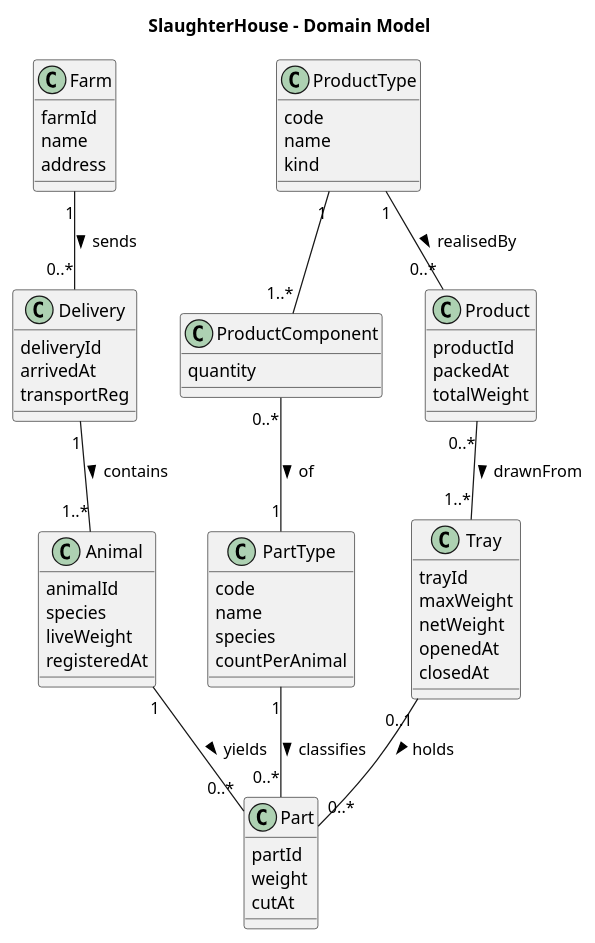
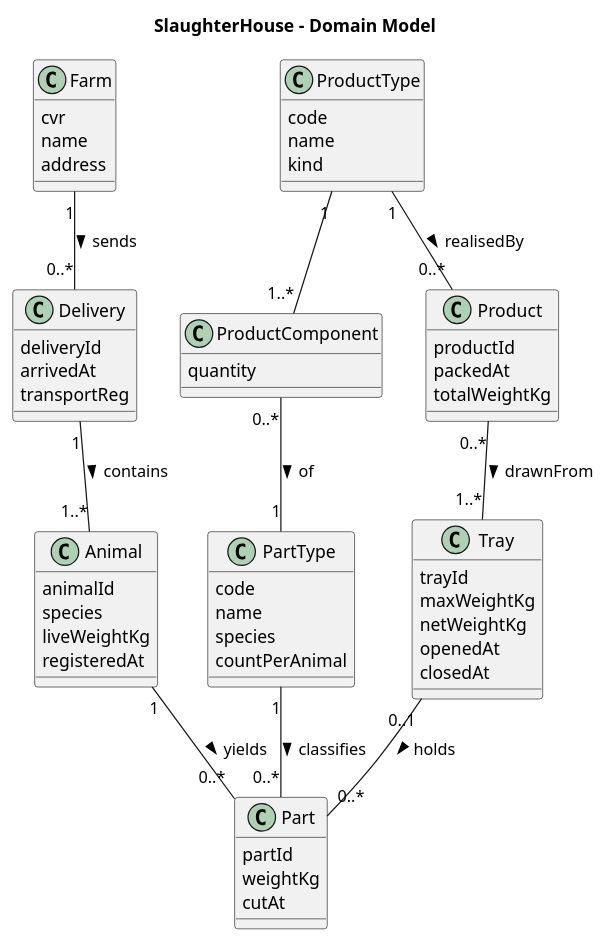
One commit to ahausgaard/DSY changed the diagram in SlaughterHouse/docs/domainModel.puml. Above: the diagram before and after it, drawn with PlantUML. The commit also changed 2 other files, not shown here.

Commit message:
First version of container diagram

```diff
--- a/SlaughterHouse/docs/domainModel.puml
+++ b/SlaughterHouse/docs/domainModel.puml
@@ -1,87 +1,87 @@
 @startuml domain-model
 title SlaughterHouse - Domain Model
 
 class Farm
 {
-  farmId
+  cvr
   name
   address
 }
 
 class Delivery
 {
   deliveryId
   arrivedAt
   transportReg
 }
 
 class Animal
 {
   animalId
   species
-  liveWeight
+  liveWeightKg
   registeredAt
 }
 
 class PartType
 {
   code
   name
   species
   countPerAnimal
 }
 
 class Part
 {
   partId
-  weight
+  weightKg
   cutAt
 }
 
 class Tray
 {
   trayId
-  maxWeight
-  netWeight
+  maxWeightKg
+  netWeightKg
   openedAt
   closedAt
 }
 
 class ProductType
 {
   code
   name
   kind
 }
 
 class ProductComponent
 {
   quantity
 }
 
 class Product
 {
   productId
   packedAt
-  totalWeight
+  totalWeightKg
 }
 
 Farm "1" -- "0..*" Delivery : sends >
 
 Delivery "1" -- "1..*" Animal : contains >
 
 Animal "1" -- "0..*" Part : yields >
 
 PartType "1" -- "0..*" Part : classifies >
 
 Tray "0..1" -- "0..*" Part : holds >
 
 Product "0..*" -- "1..*" Tray : drawnFrom >
 
 ProductType "1" -- "0..*" Product : realisedBy >
 
 ProductType "1" -- "1..*" ProductComponent
 
 ProductComponent "0..*" -- "1" PartType : of >
 
 @enduml
```
